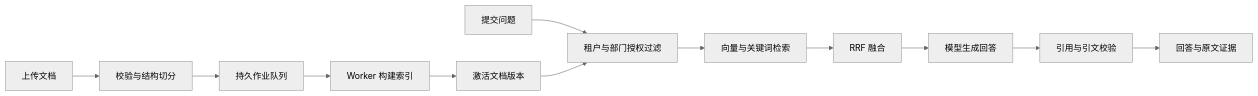
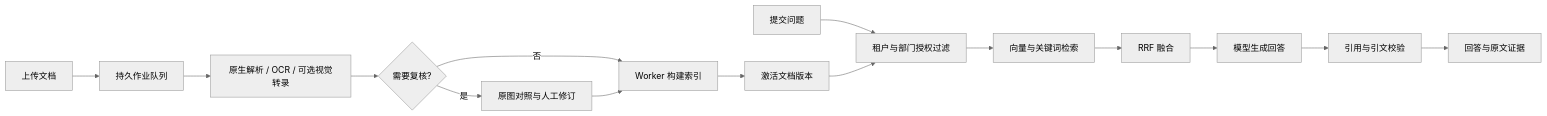
The diagram in README.md (xiaoguos/ops-knowledge-rag), drawn with Mermaid (neutral theme) before and after one commit. The commit also changed other lines of this file and 28 other files, not shown here.

````diff
--- a/README.md
+++ b/README.md
@@ -32,14 +34,17 @@
 ```mermaid
 flowchart LR
-    A[上传文档] --> B[校验与结构切分]
-    B --> C[持久作业队列]
-    C --> D[Worker 构建索引]
+    A[上传文档] --> C[持久作业队列]
+    C --> B[原生解析 / OCR / 可选视觉转录]
+    B --> Q{需要复核?}
+    Q -->|是| H[原图对照与人工修订]
+    Q -->|否| D[Worker 构建索引]
+    H --> D
     D --> E[激活文档版本]
     U[提交问题] --> P[租户与部门授权过滤]
     E --> P
     P --> R[向量与关键词检索]
     R --> F[RRF 融合]
     F --> M[模型生成回答]
     M --> V[引用与引文校验]
     V --> W[回答与原文证据]
 ```
````
